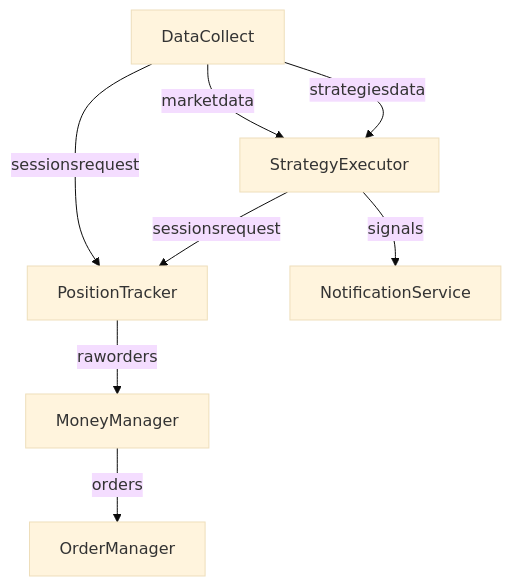
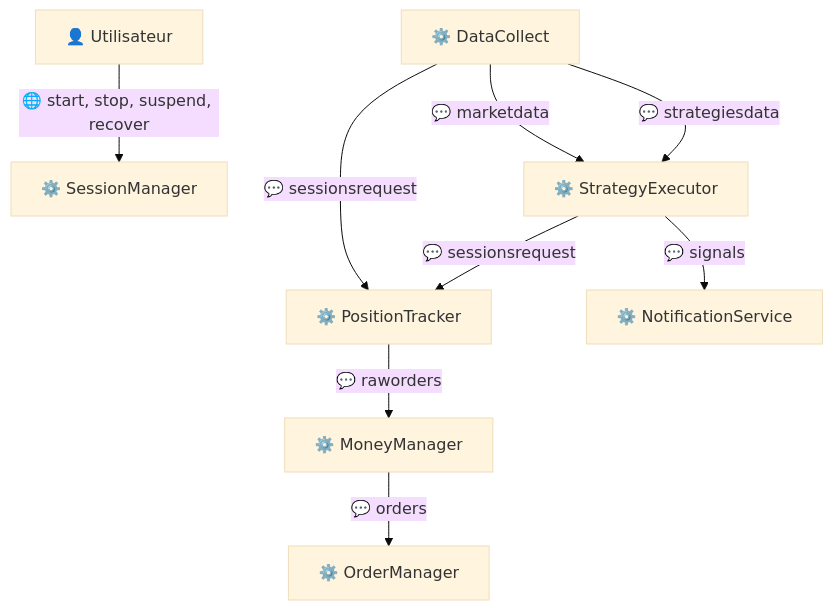
The diagram in docs/services-backend.md (dsissoko/r3edge-engine-docs), drawn with Mermaid (base theme) before and after one commit. The commit also changed other lines of this file and 1 other file, not shown here.

Commit message:
maj mermaid

````diff
--- a/docs/services-backend.md
+++ b/docs/services-backend.md
@@ -61,11 +59,12 @@
 ```mermaid
 graph TB
-  DC[DataCollect] -->|marketdata| SE[StrategyExecutor]
-  DC -->|strategiesdata| SE
-  DC -->|sessionsrequest| PT[PositionTracker]
-  SE -->|sessionsrequest| PT
-  SE -->|signals| NS[NotificationService]
-  PT -->|raworders| MM[MoneyManager]
-  MM -->|orders| OM[OrderManager]
+  User["👤 Utilisateur"] -->|🌐 start, stop, suspend, recover | SM["⚙️ SessionManager"]
+  DC["⚙️ DataCollect"] -->|💬 marketdata | SE["⚙️ StrategyExecutor"]
+  DC -->|💬 strategiesdata | SE
+  DC -->|💬 sessionsrequest | PT["⚙️ PositionTracker"]
+  SE -->|💬 sessionsrequest | PT
+  SE -->|💬 signals | NS["⚙️ NotificationService"]
+  PT -->|💬 raworders | MM["⚙️ MoneyManager"]
+  MM -->|💬 orders | OM["⚙️ OrderManager"]
 
 ```
````
